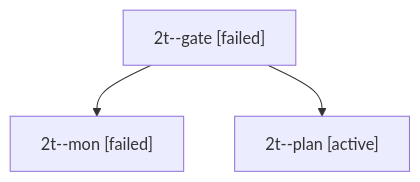
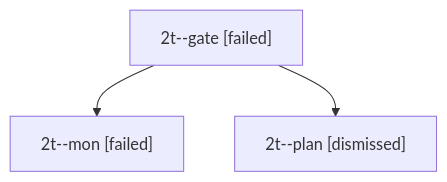
Before and after one commit to bobs-org/bob-cli--agents: the diagram in sessions/bbugyi200.apollo.2t.md, drawn with Mermaid. The commit also changed other lines of this file and 25 other files, not shown here.

````diff
--- a/sessions/bbugyi200.apollo.2t.md
+++ b/sessions/bbugyi200.apollo.2t.md
@@ -9,8 +9,8 @@
 ```mermaid
 flowchart TD
   n0["2t--gate [failed]"]
   n1["2t--mon [failed]"]
   n0 --> n1
-  n2["2t--plan [active]"]
+  n2["2t--plan [dismissed]"]
   n0 --> n2
 ```
````
